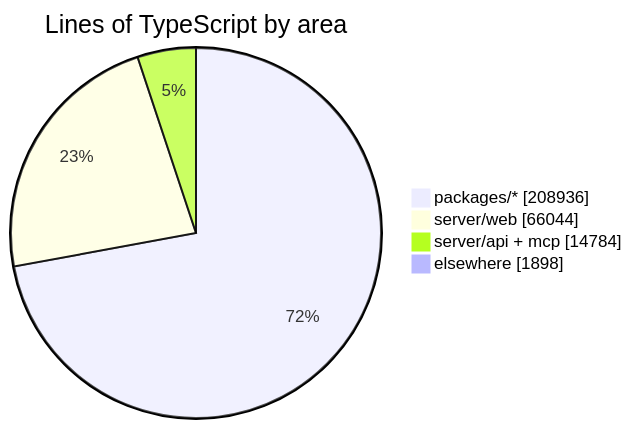
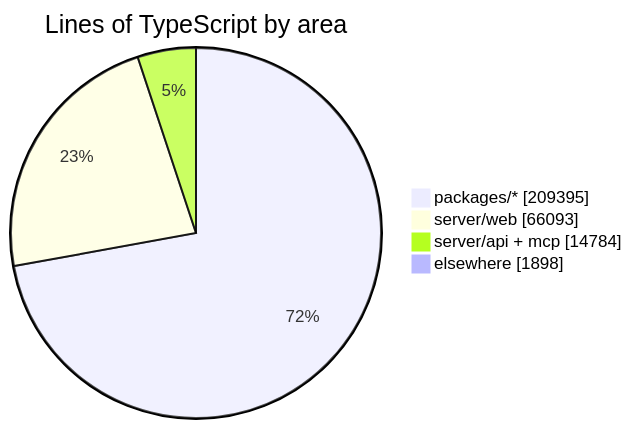
One commit to crossworks-engineering/mantle changed the diagram in README.md. Above: the diagram before and after it, drawn with Mermaid. The commit also changed other lines of this file and 2 other files, not shown here.

````diff
--- a/README.md
+++ b/README.md
@@ -287,7 +287,7 @@
 ```mermaid
 pie showData title Lines of TypeScript by area
-    "packages/*" : 208936
-    "server/web" : 66044
+    "packages/*" : 209395
+    "server/web" : 66093
     "server/api + mcp" : 14784
     "elsewhere" : 1898
 ```
````
